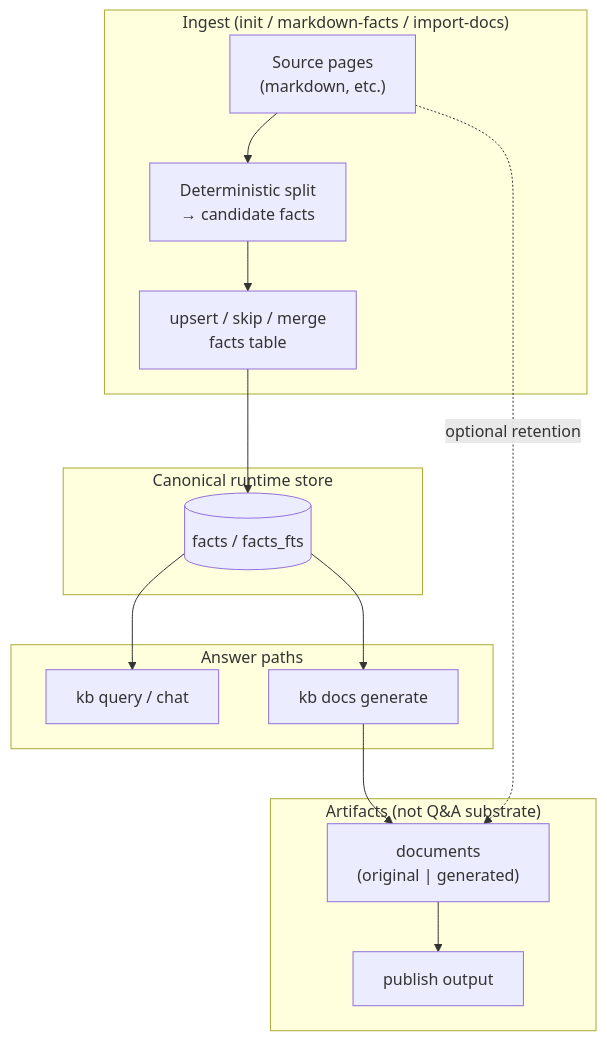
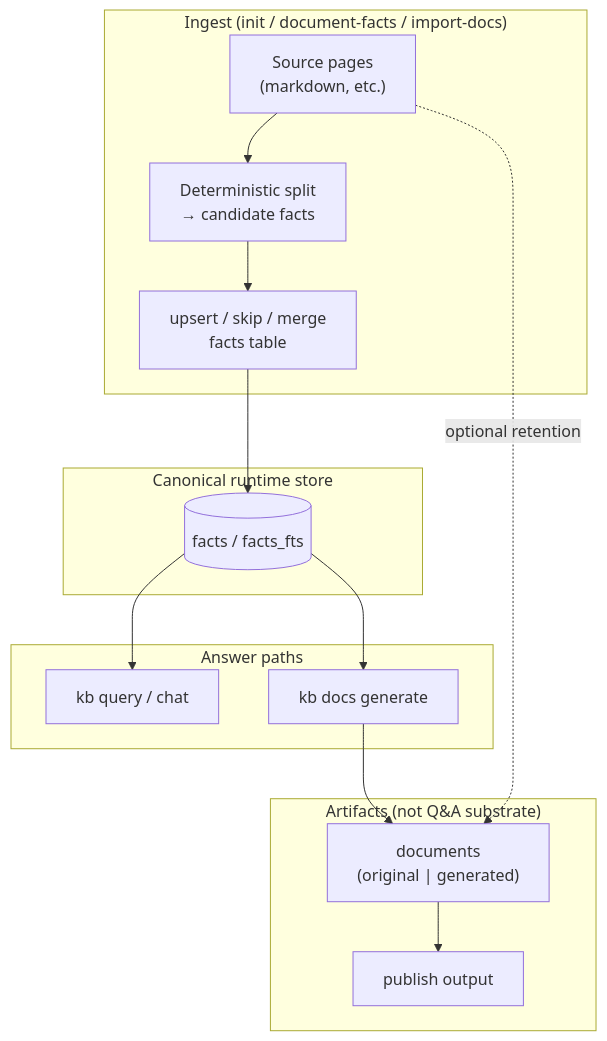
Before and after one commit to rosenjcb/kb: the diagram in docs/_original_docs/src-core-facts-architecture.md, drawn with Mermaid. The commit also changed other lines of this file and 8 other files, not shown here.

````diff
--- a/docs/_original_docs/src-core-facts-architecture.md
+++ b/docs/_original_docs/src-core-facts-architecture.md
@@ -60,30 +60,30 @@
 ```mermaid
 flowchart TB
-  subgraph ingest["Ingest (init / markdown-facts / import-docs)"]
+  subgraph ingest["Ingest (init / document-facts / import-docs)"]
     SRC["Source pages\n(markdown, etc.)"]
     SEG["Deterministic split\n→ candidate facts"]
     UPS["upsert / skip / merge\nfacts table"]
     SRC --> SEG --> UPS
   end
 
   subgraph store["Canonical runtime store"]
     F[("facts / facts_fts")]
   end
 
   subgraph answer["Answer paths"]
     Q["kb query / chat"]
     DG["kb docs generate"]
   end
 
   subgraph artifacts["Artifacts (not Q&A substrate)"]
     DOCS["documents\n(original | generated)"]
     PUB["publish output"]
   end
 
   UPS --> F
   F --> Q
   F --> DG
   DG --> DOCS
   SRC -.->|"optional retention"| DOCS
   DOCS --> PUB
 ```
````
